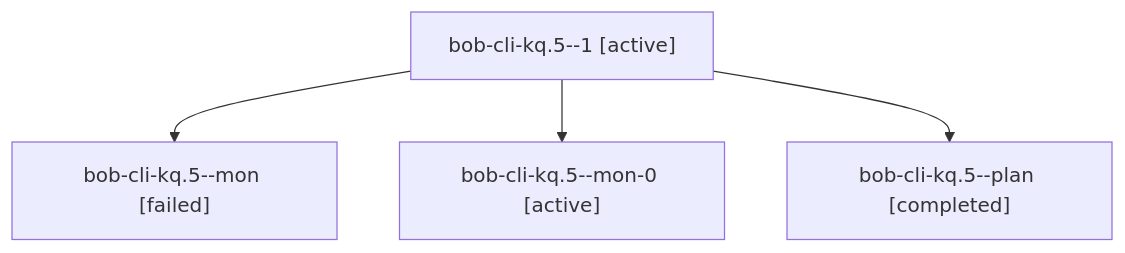
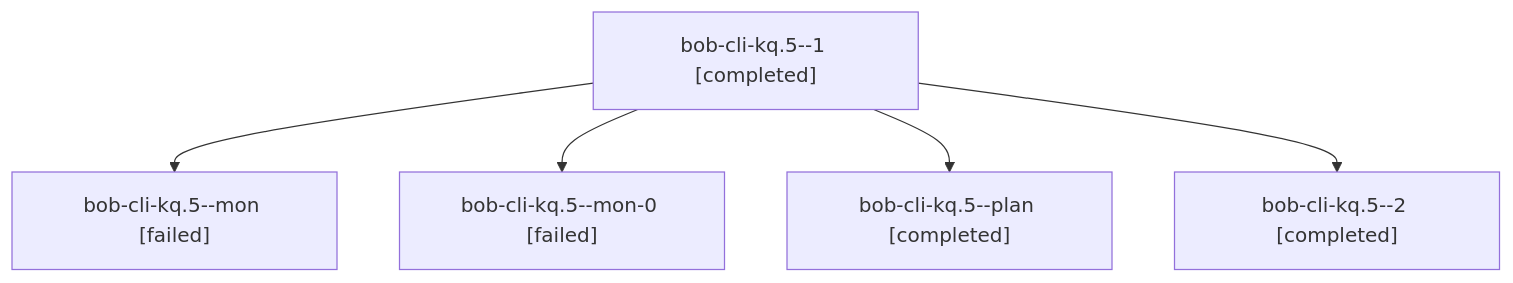
Before and after one commit to bobs-org/bob-cli--agents: the diagram in sessions/bbugyi200.athena.bob-cli-kq.5.md, drawn with Mermaid. The commit also changed other lines of this file and 33 other files, not shown here.

````diff
--- a/sessions/bbugyi200.athena.bob-cli-kq.5.md
+++ b/sessions/bbugyi200.athena.bob-cli-kq.5.md
@@ -9,10 +9,12 @@
 ```mermaid
 flowchart TD
-  n0["bob-cli-kq.5--1 [active]"]
+  n0["bob-cli-kq.5--1 [completed]"]
   n1["bob-cli-kq.5--mon [failed]"]
   n0 --> n1
-  n2["bob-cli-kq.5--mon-0 [active]"]
+  n2["bob-cli-kq.5--mon-0 [failed]"]
   n0 --> n2
   n3["bob-cli-kq.5--plan [completed]"]
   n0 --> n3
+  n4["bob-cli-kq.5--2 [completed]"]
+  n0 --> n4
 ```
````
